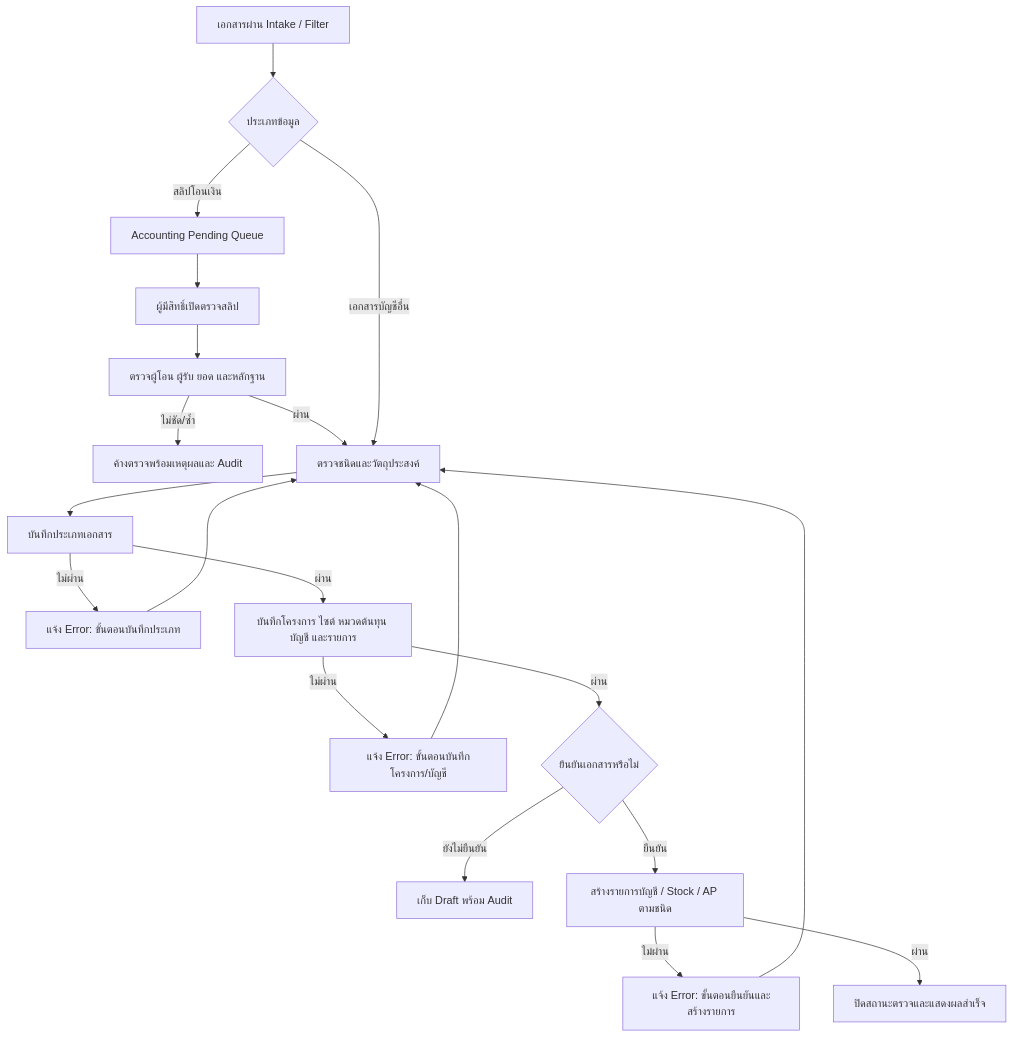
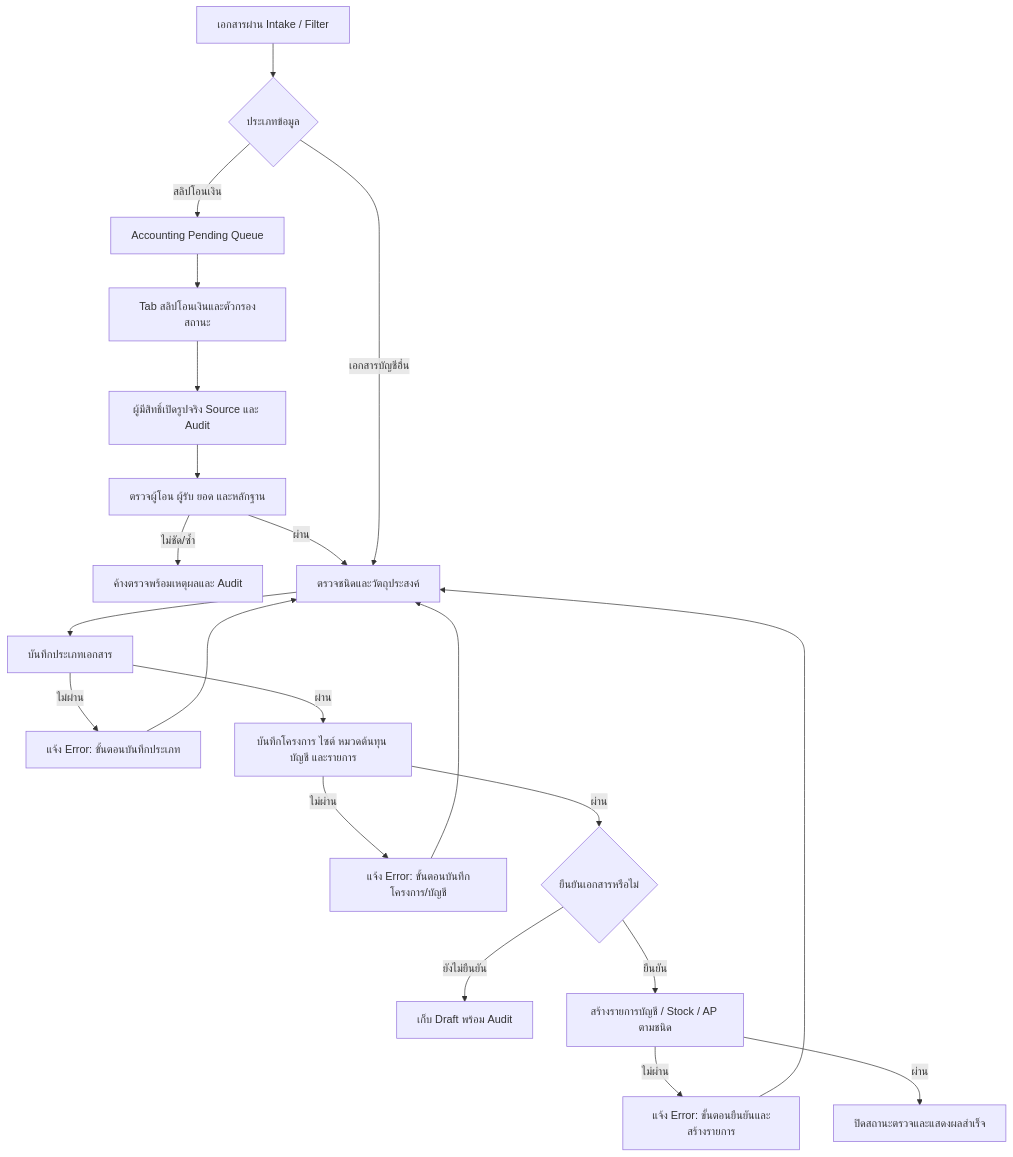
One commit to paramonjong-afk/WisdomAI changed the diagram in docs/ACCOUNTING_DOCUMENT_CONFIRMATION_FLOW.md. Above: the diagram before and after it, drawn with Mermaid. The commit also changed other lines of this file and 5 other files, not shown here.

````diff
--- a/docs/ACCOUNTING_DOCUMENT_CONFIRMATION_FLOW.md
+++ b/docs/ACCOUNTING_DOCUMENT_CONFIRMATION_FLOW.md
@@ -3,22 +3,23 @@
 ```mermaid
 flowchart TD
   A[เอกสารผ่าน Intake / Filter] --> B{ประเภทข้อมูล}
   B -->|สลิปโอนเงิน| Q[Accounting Pending Queue]
-  Q --> B1[ผู้มีสิทธิ์เปิดตรวจสลิป]
+  Q --> Q0[Tab สลิปโอนเงินและตัวกรองสถานะ]
+  Q0 --> B1[ผู้มีสิทธิ์เปิดรูปจริง Source และ Audit]
   B1 --> C1[ตรวจผู้โอน ผู้รับ ยอด และหลักฐาน]
   C1 -->|ไม่ชัด/ซ้ำ| Q1[ค้างตรวจพร้อมเหตุผลและ Audit]
   C1 -->|ผ่าน| C[ตรวจชนิดและวัตถุประสงค์]
   B -->|เอกสารบัญชีอื่น| C
   C --> D[บันทึกประเภทเอกสาร]
   D -->|ไม่ผ่าน| D1[แจ้ง Error: ขั้นตอนบันทึกประเภท]
   D -->|ผ่าน| E[บันทึกโครงการ ไซต์ หมวดต้นทุน บัญชี และรายการ]
   E -->|ไม่ผ่าน| E1[แจ้ง Error: ขั้นตอนบันทึกโครงการ/บัญชี]
   E -->|ผ่าน| F{ยืนยันเอกสารหรือไม่}
   F -->|ยังไม่ยืนยัน| G[เก็บ Draft พร้อม Audit]
   F -->|ยืนยัน| H[สร้างรายการบัญชี / Stock / AP ตามชนิด]
   H -->|ไม่ผ่าน| H1[แจ้ง Error: ขั้นตอนยืนยันและสร้างรายการ]
   H -->|ผ่าน| I[ปิดสถานะตรวจและแสดงผลสำเร็จ]
   D1 --> C
   E1 --> C
   H1 --> C
 ```
````
